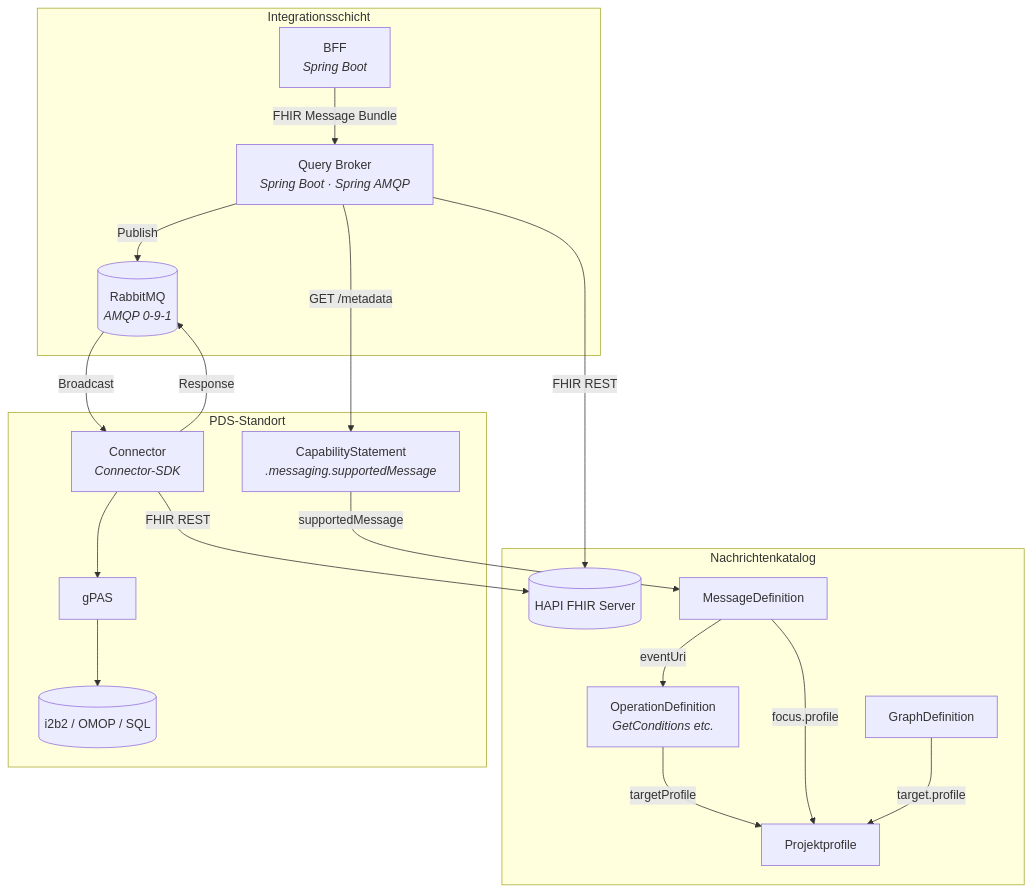
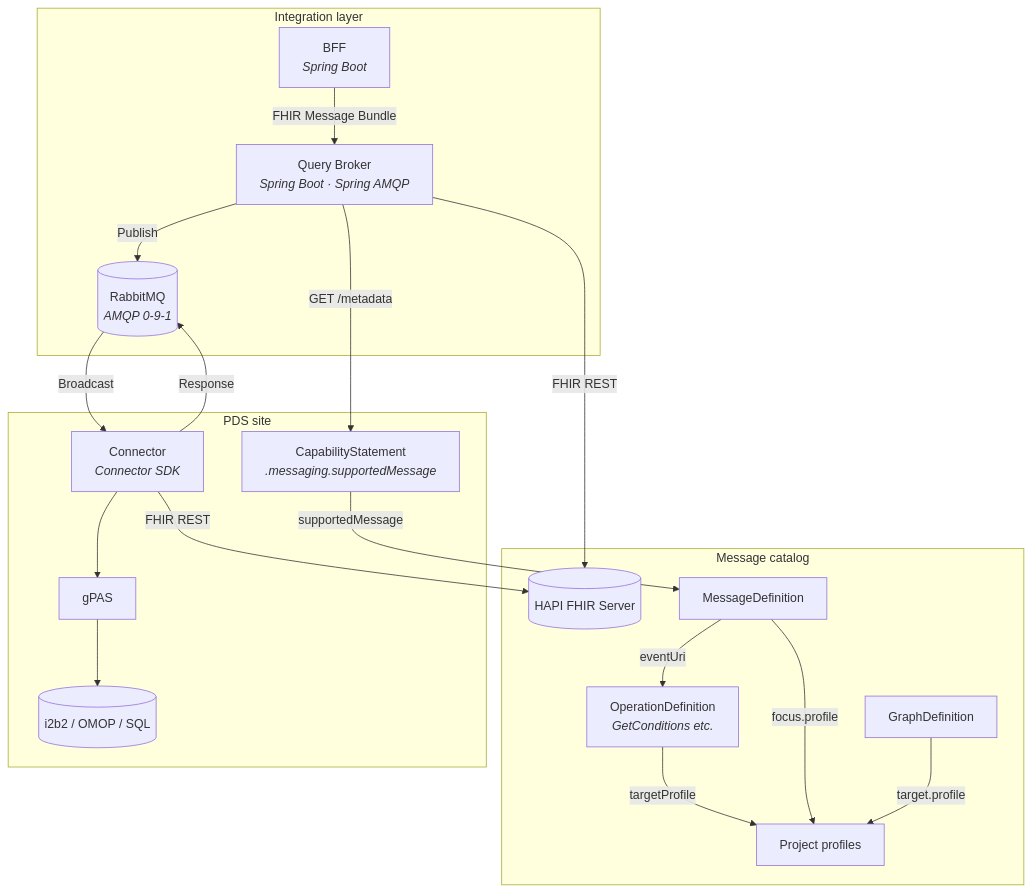
Before and after one commit to forschungsgruppe-digital-health/pds-query-broker: the second of 9 diagrams in docs/ARCHITECTURE.md, drawn with Mermaid. The commit also changed other lines of this file and 40 other files, not shown here.

````diff
--- a/docs/ARCHITECTURE.md
+++ b/docs/ARCHITECTURE.md
@@ -96,37 +96,37 @@
 ```mermaid
 graph TB
-    subgraph "Integrationsschicht"
+    subgraph "Integration layer"
         BFF["BFF<br/><i>Spring Boot</i>"]
         BROKER["Query Broker<br/><i>Spring Boot · Spring AMQP</i>"]
         MQ[("RabbitMQ<br/><i>AMQP 0-9-1</i>")]
     end
 
-    subgraph "Nachrichtenkatalog"
+    subgraph "Message catalog"
         CATALOG[("HAPI FHIR Server")]
         OPDEF["OperationDefinition<br/><i>GetConditions etc.</i>"]
         MSGDEF["MessageDefinition"]
         GRAPHDEF["GraphDefinition"]
-        KDS["Projektprofile"]
+        KDS["Project profiles"]
         MSGDEF -->|"eventUri"| OPDEF
         OPDEF -->|"targetProfile"| KDS
         MSGDEF -->|"focus.profile"| KDS
         GRAPHDEF -->|"target.profile"| KDS
     end
 
-    subgraph "PDS-Standort"
-        CONN["Connector<br/><i>Connector-SDK</i>"]
+    subgraph "PDS site"
+        CONN["Connector<br/><i>Connector SDK</i>"]
         CAPSTMT["CapabilityStatement<br/><i>.messaging.supportedMessage</i>"]
         LTHS["gPAS"]
         SRC[("i2b2 / OMOP / SQL")]
     end
 
     BFF -->|"FHIR Message Bundle"| BROKER
     BROKER -->|"FHIR REST"| CATALOG
     BROKER -->|"GET /metadata"| CAPSTMT
     BROKER -->|"Publish"| MQ
     MQ -->|"Broadcast"| CONN
     CONN -->|"Response"| MQ
     CONN --> LTHS --> SRC
     CONN -->|"FHIR REST"| CATALOG
     CAPSTMT -->|"supportedMessage"| MSGDEF
 ```
````
